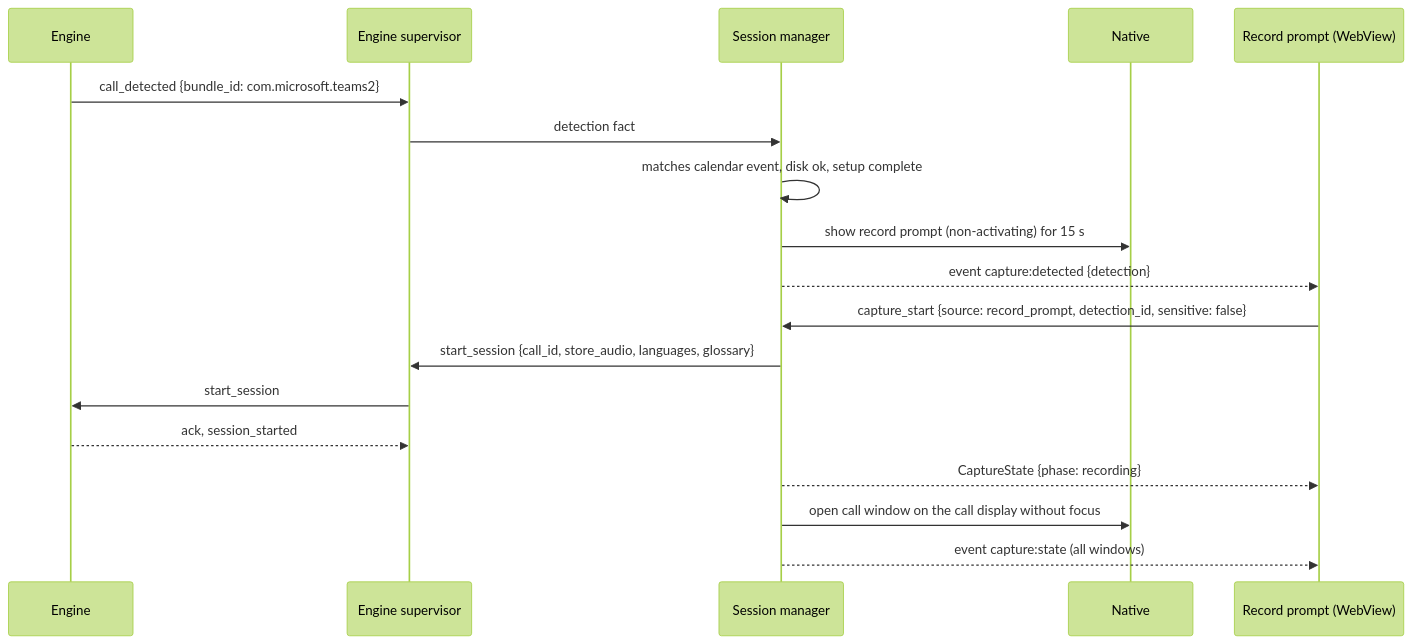
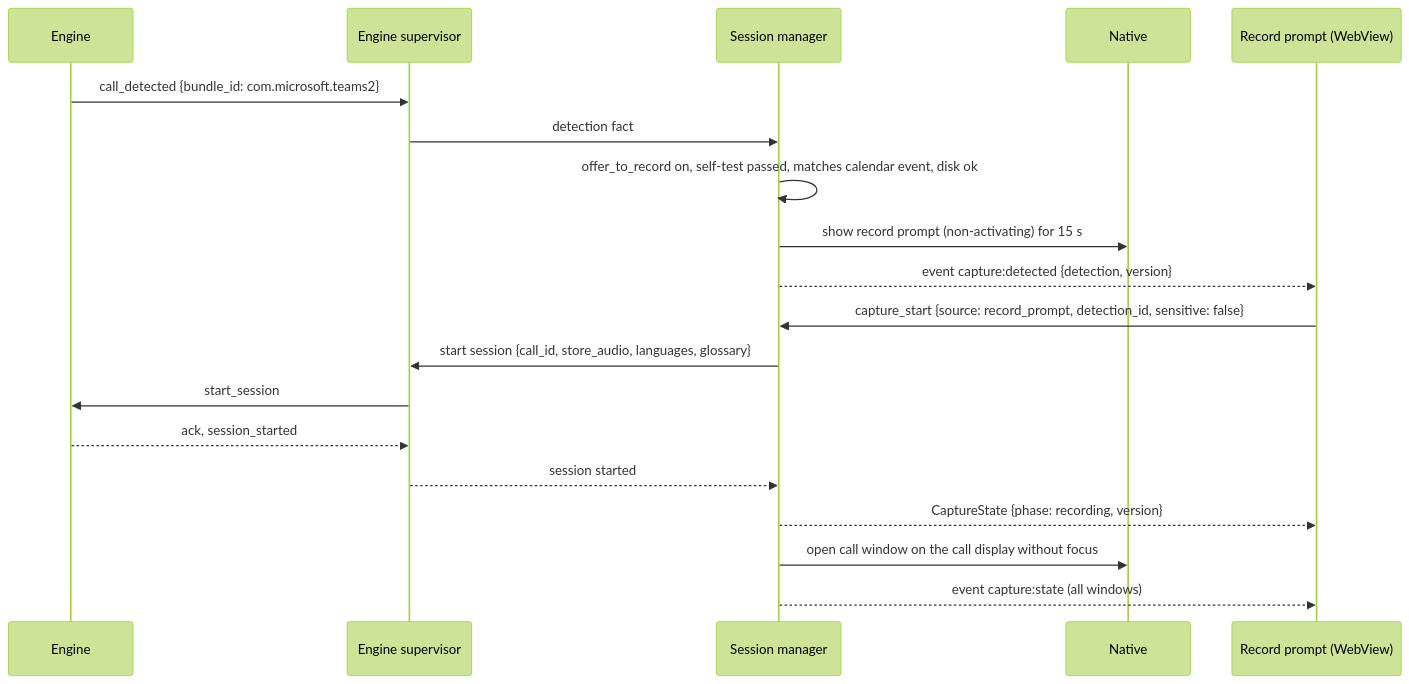
The fifth of 13 diagrams in docs/DESIGN-core.md (getahead/noter), drawn with Mermaid (forest theme) before and after one commit. The commit also changed other lines of this file and 81 other files, not shown here.

````diff
--- a/docs/DESIGN-core.md
+++ b/docs/DESIGN-core.md
@@ -1453,20 +1584,21 @@
 ```mermaid
 sequenceDiagram
     participant E as Engine
     participant Sup as Engine supervisor
     participant Ses as Session manager
     participant N as Native
     participant P as Record prompt (WebView)
     E->>Sup: call_detected {bundle_id: com.microsoft.teams2}
     Sup->>Ses: detection fact
-    Ses->>Ses: matches calendar event, disk ok, setup complete
+    Ses->>Ses: offer_to_record on, self-test passed, matches calendar event, disk ok
     Ses->>N: show record prompt (non-activating) for 15 s
-    Ses-->>P: event capture:detected {detection}
+    Ses-->>P: event capture:detected {detection, version}
     P->>Ses: capture_start {source: record_prompt, detection_id, sensitive: false}
-    Ses->>Sup: start_session {call_id, store_audio, languages, glossary}
+    Ses->>Sup: start session {call_id, store_audio, languages, glossary}
     Sup->>E: start_session
     E-->>Sup: ack, session_started
-    Ses-->>P: CaptureState {phase: recording}
+    Sup-->>Ses: session started
+    Ses-->>P: CaptureState {phase: recording, version}
     Ses->>N: open call window on the call display without focus
     Ses-->>P: event capture:state (all windows)
 ```
````
